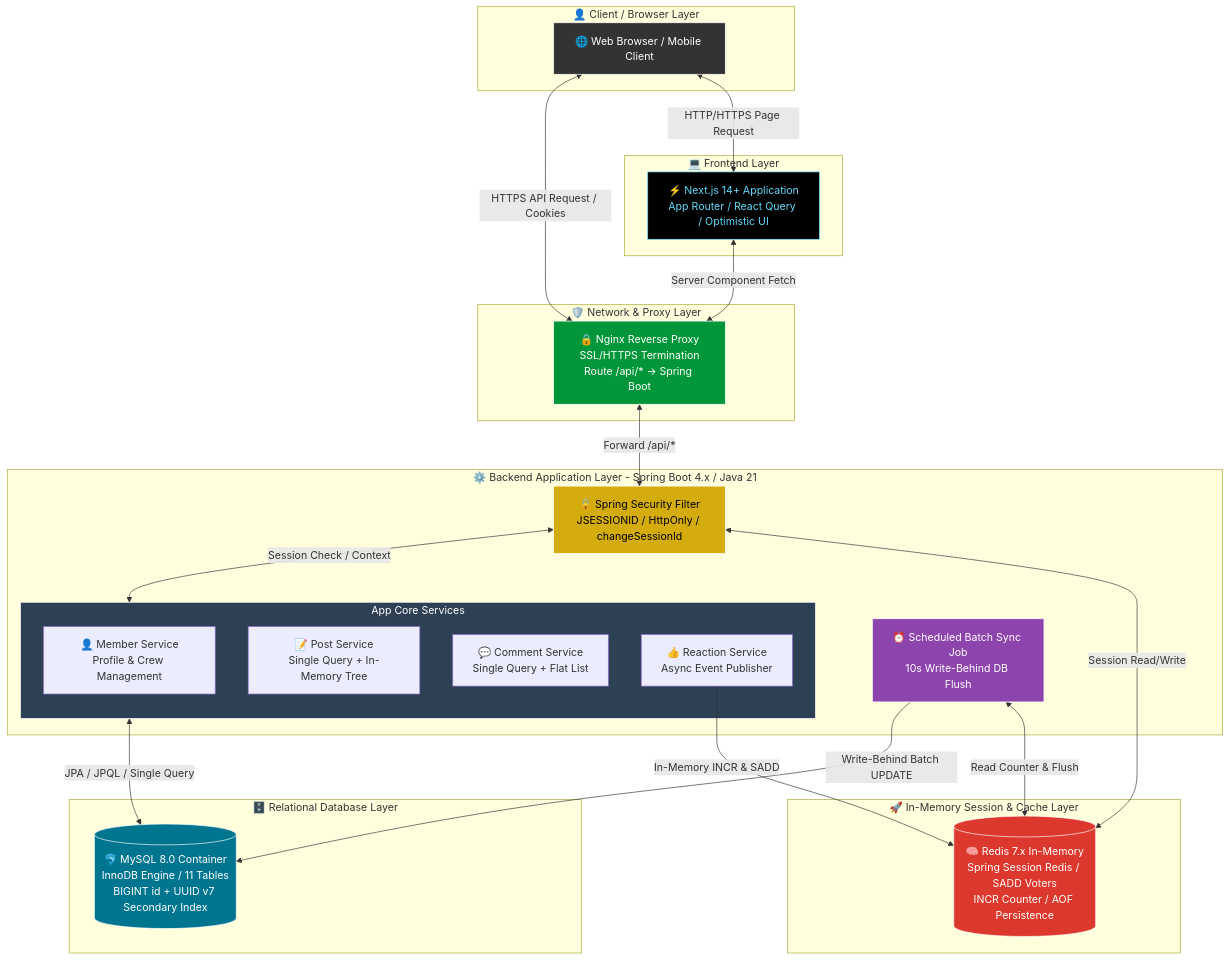
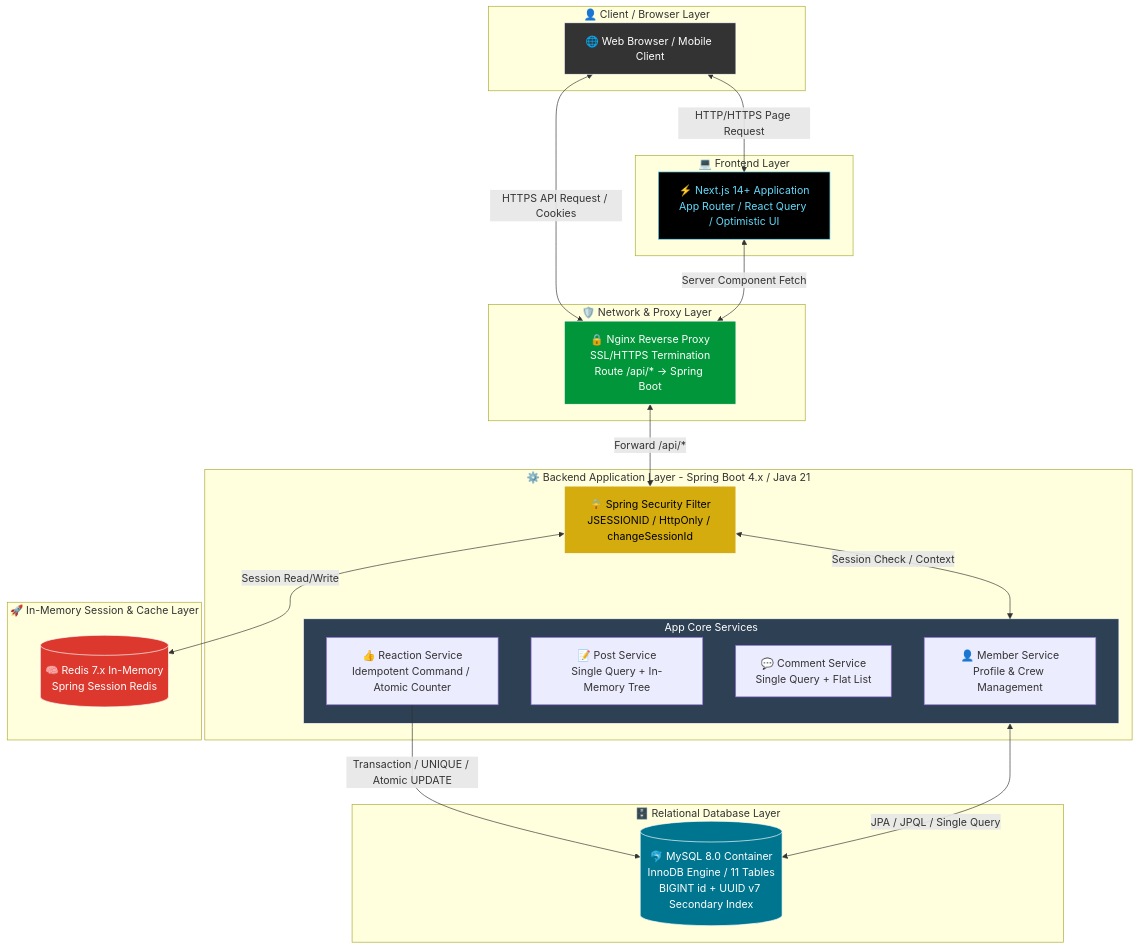
Before and after one commit to devikae/snowthing: the diagram in docs/conception/sprint01/07.system-architecture.md, drawn with Mermaid. The commit also changed other lines of this file and 27 other files, not shown here.

````diff
--- a/docs/conception/sprint01/07.system-architecture.md
+++ b/docs/conception/sprint01/07.system-architecture.md
@@ -13,66 +13,62 @@
 ```mermaid
 flowchart TB
     %% 클라이언트 레이어
     subgraph Client_Layer [👤 Client / Browser Layer]
         Browser[🌐 Web Browser / Mobile Client]
     end
 
     %% 프론트엔드 레이어
     subgraph Frontend_Layer [💻 Frontend Layer]
         NextJS[⚡ Next.js 14+ Application<br/>App Router / React Query / Optimistic UI]
     end
 
     %% 네트워크 & 프록시 레이어
     subgraph Proxy_Layer [🛡️ Network & Proxy Layer]
         Nginx[🔒 Nginx Reverse Proxy<br/>SSL/HTTPS Termination<br/>Route /api/* -> Spring Boot]
     end
 
     %% 백엔드 애플리케이션 레이어
     subgraph Backend_Layer [⚙️ Backend Application Layer - Spring Boot 4.x / Java 21]
         SecFilter[🔒 Spring Security Filter<br/>JSESSIONID / HttpOnly / changeSessionId]
         
         subgraph Core_App [App Core Services]
             MemberSvc[👤 Member Service<br/>Profile & Crew Management]
             PostSvc[📝 Post Service<br/>Single Query + In-Memory Tree]
             CommentSvc[💬 Comment Service<br/>Single Query + Flat List]
-            ReactionSvc[👍 Reaction Service<br/>Async Event Publisher]
+            ReactionSvc[👍 Reaction Service<br/>Idempotent Command / Atomic Counter]
         end
         
-        BatchJob[⏰ Scheduled Batch Sync Job<br/>10s Write-Behind DB Flush]
     end
 
     %% 인메모리 캐시 & 세션 레이어
     subgraph Cache_Layer [🚀 In-Memory Session & Cache Layer]
-        Redis[(🧠 Redis 7.x In-Memory<br/>Spring Session Redis / SADD Voters<br/>INCR Counter / AOF Persistence)]
+        Redis[(🧠 Redis 7.x In-Memory<br/>Spring Session Redis)]
     end
 
     %% 릴레이셔널 데이터베이스 레이어
     subgraph Database_Layer [🗄️ Relational Database Layer]
         MySQL[(🐬 MySQL 8.0 Container<br/>InnoDB Engine / 11 Tables<br/>BIGINT id + UUID v7 Secondary Index)]
     end
 
     %% 데이터 흐름 연결
     Browser <-->|HTTP/HTTPS Page Request| NextJS
     Browser <-->|HTTPS API Request / Cookies| Nginx
     NextJS <-->|Server Component Fetch| Nginx
     
     Nginx <-->|Forward /api/*| SecFilter
     SecFilter <-->|Session Check / Context| Core_App
     
-    ReactionSvc -->|In-Memory INCR & SADD| Redis
+    ReactionSvc -->|Transaction / UNIQUE / Atomic UPDATE| MySQL
     SecFilter <-->|Session Read/Write| Redis
-    BatchJob <-->|Read Counter & Flush| Redis
     
     Core_App <-->|JPA / JPQL / Single Query| MySQL
-    BatchJob -->|Write-Behind Batch UPDATE| MySQL
 
     %% 스타일링
     style Browser fill:#333,stroke:#fff,color:#fff
     style NextJS fill:#000,stroke:#61dafb,color:#61dafb
     style Nginx fill:#009639,stroke:#fff,color:#fff
     style SecFilter fill:#d4ac0d,stroke:#fff,color:#000
     style Core_App fill:#2e4053,stroke:#fff,color:#fff
     style Redis fill:#dc382d,stroke:#fff,color:#fff
     style MySQL fill:#00758f,stroke:#fff,color:#fff
-    style BatchJob fill:#8e44ad,stroke:#fff,color:#fff
 ```
````
